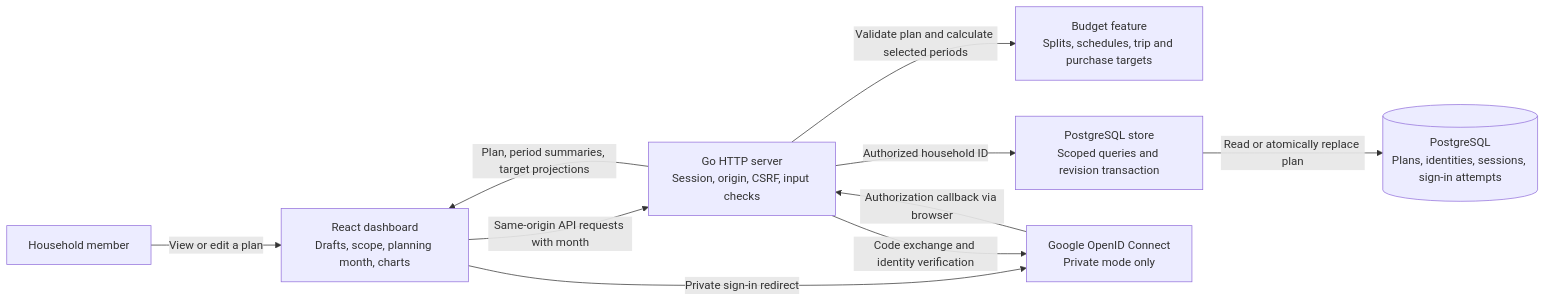
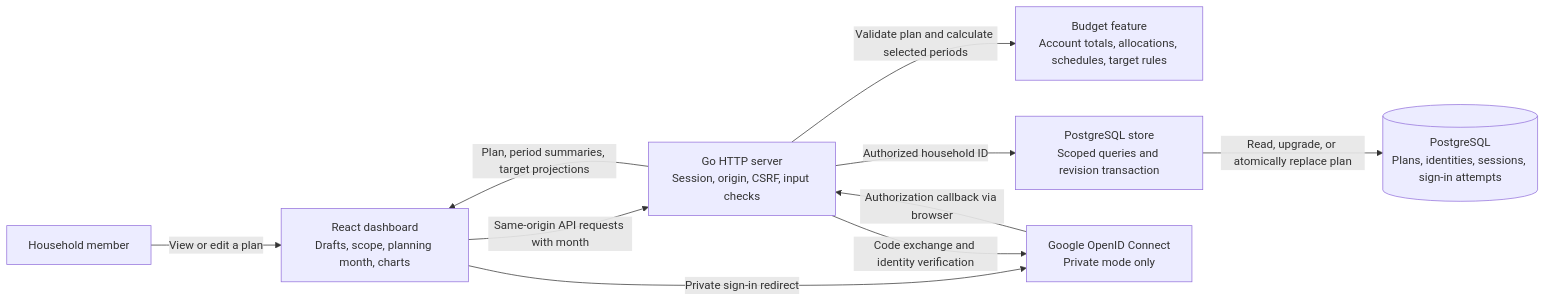
One commit to MichaelGorman2004/Bank-Piggy changed the first of 3 diagrams in docs/system-design/README.md. Above: the diagram before and after it, drawn with Mermaid. The commit also changed other lines of this file and 31 other files, not shown here.

````diff
--- a/docs/system-design/README.md
+++ b/docs/system-design/README.md
@@ -11,20 +11,20 @@
 ```mermaid
 flowchart LR
     Member["Household member"]
     Browser["React dashboard<br/>Drafts, scope, planning month, charts"]
     HTTP["Go HTTP server<br/>Session, origin, CSRF, input checks"]
-    Budget["Budget feature<br/>Splits, schedules, trip and purchase targets"]
+    Budget["Budget feature<br/>Account totals, allocations, schedules, target rules"]
     Store["PostgreSQL store<br/>Scoped queries and revision transaction"]
     DB[("PostgreSQL<br/>Plans, identities, sessions, sign-in attempts")]
     Google["Google OpenID Connect<br/>Private mode only"]
 
     Member -->|"View or edit a plan"| Browser
     Browser -->|"Same-origin API requests with month"| HTTP
     HTTP -->|"Validate plan and calculate selected periods"| Budget
     HTTP -->|"Authorized household ID"| Store
-    Store -->|"Read or atomically replace plan"| DB
+    Store -->|"Read, upgrade, or atomically replace plan"| DB
     HTTP -->|"Plan, period summaries, target projections"| Browser
     Browser -->|"Private sign-in redirect"| Google
     Google -->|"Authorization callback via browser"| HTTP
     HTTP -->|"Code exchange and identity verification"| Google
 ```
````
